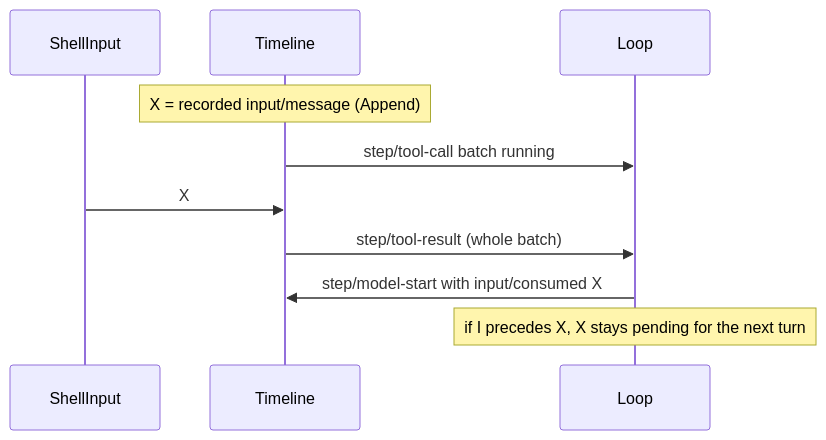
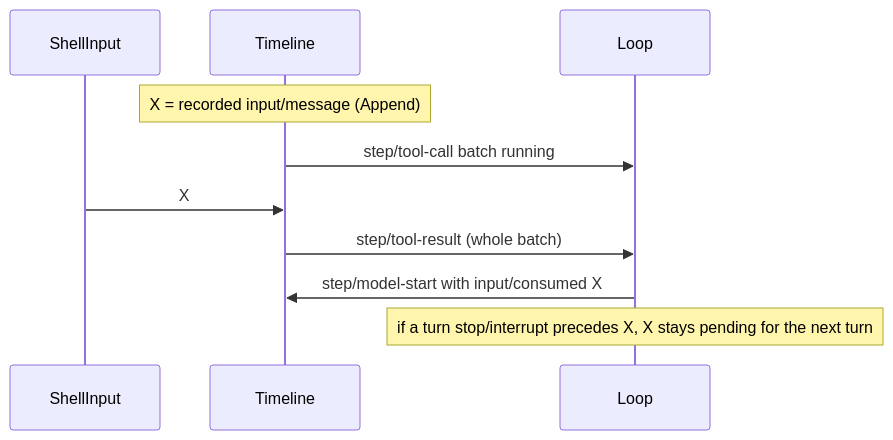
One commit to CoutinhoTTS/dim-agent changed the fifth of 5 diagrams in docs/design/plugins/ShellInput.md. Above: the diagram before and after it, drawn with Mermaid. The commit also changed other lines of this file and 40 other files, not shown here.

````diff
--- a/docs/design/plugins/ShellInput.md
+++ b/docs/design/plugins/ShellInput.md
@@ -115,12 +115,12 @@
 ```mermaid
 sequenceDiagram
   participant SI as ShellInput
   participant TL as Timeline
   participant L as Loop
   Note over TL: X = recorded input/message (Append)
   TL->>L: step/tool-call batch running
   SI->>TL: X
   TL->>L: step/tool-result (whole batch)
   L->>TL: step/model-start with input/consumed X
-  Note over L: if I precedes X, X stays pending for the next turn
+  Note over L: if a turn stop/interrupt precedes X, X stays pending for the next turn
 ```
````
